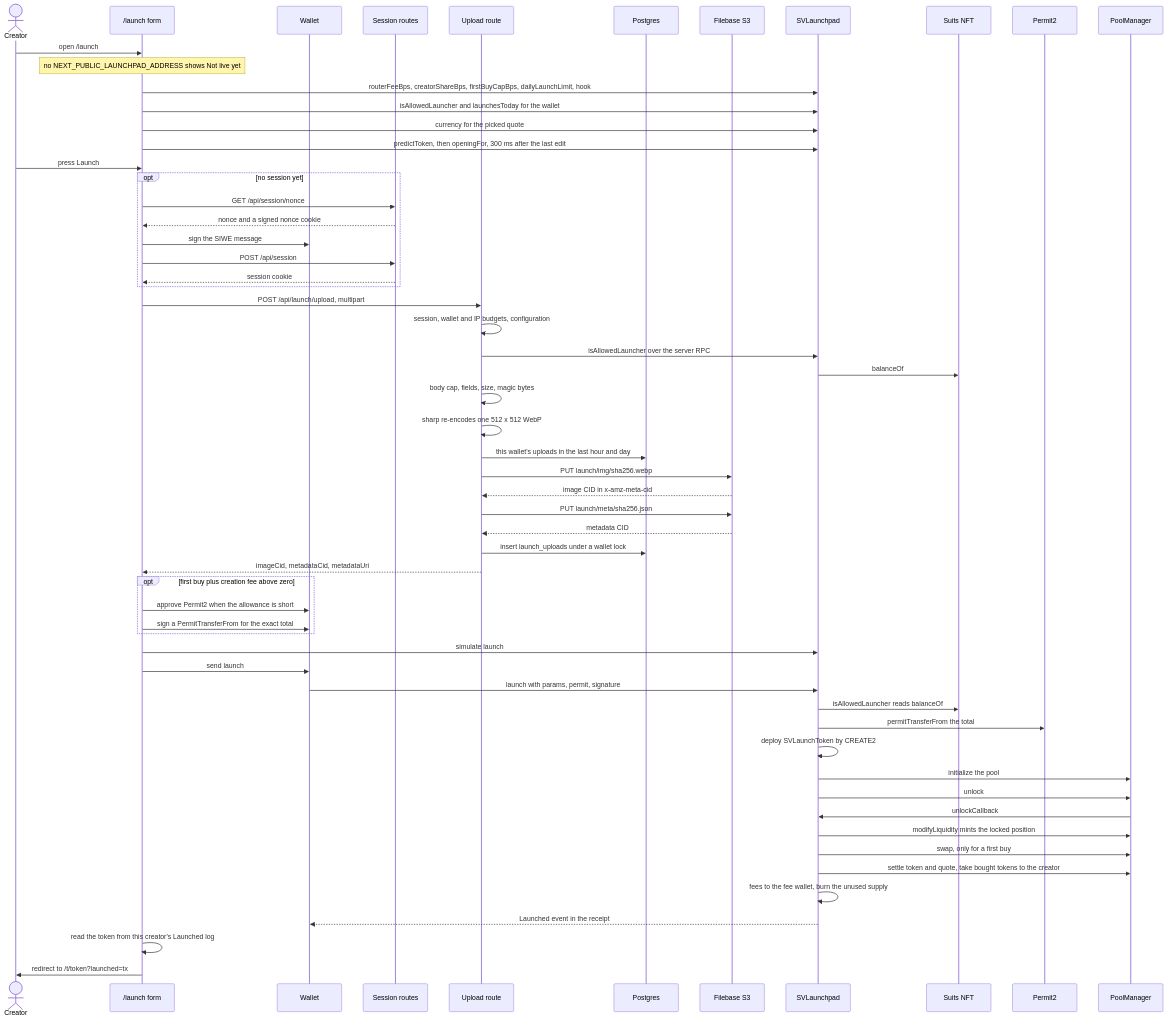
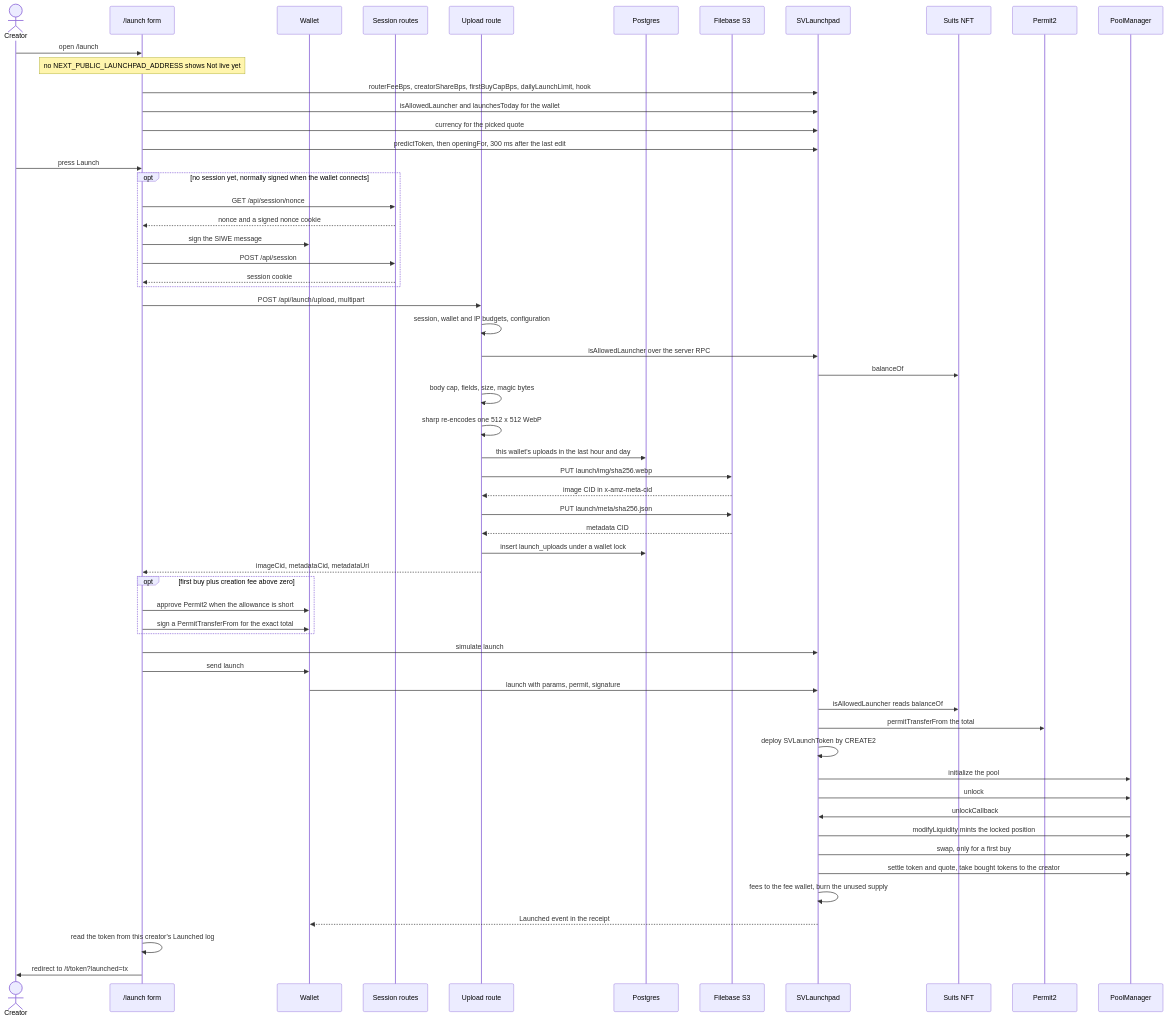
The second of 8 diagrams in README.md (maxlong-markets/suitventures-markets-frontend), drawn with Mermaid before and after one commit. The commit also changed other lines of this file and 10 other files, not shown here.

First line of the commit message:
Sign-in asked at wallet connect, not inside the launch flow

````diff
--- a/README.md
+++ b/README.md
@@ -240,62 +240,62 @@
 ```mermaid
 sequenceDiagram
   actor C as Creator
   participant F as /launch form
   participant W as Wallet
   participant S as Session routes
   participant U as Upload route
   participant DB as Postgres
   participant FB as Filebase S3
   participant L as SVLaunchpad
   participant N as Suits NFT
   participant P2 as Permit2
   participant PM as PoolManager
 
   C->>F: open /launch
   Note over F: no NEXT_PUBLIC_LAUNCHPAD_ADDRESS shows Not live yet
   F->>L: routerFeeBps, creatorShareBps, firstBuyCapBps, dailyLaunchLimit, hook
   F->>L: isAllowedLauncher and launchesToday for the wallet
   F->>L: currency for the picked quote
   F->>L: predictToken, then openingFor, 300 ms after the last edit
   C->>F: press Launch
-  opt no session yet
+  opt no session yet, normally signed when the wallet connects
     F->>S: GET /api/session/nonce
     S-->>F: nonce and a signed nonce cookie
     F->>W: sign the SIWE message
     F->>S: POST /api/session
     S-->>F: session cookie
   end
   F->>U: POST /api/launch/upload, multipart
   U->>U: session, wallet and IP budgets, configuration
   U->>L: isAllowedLauncher over the server RPC
   L->>N: balanceOf
   U->>U: body cap, fields, size, magic bytes
   U->>U: sharp re-encodes one 512 x 512 WebP
   U->>DB: this wallet's uploads in the last hour and day
   U->>FB: PUT launch/img/sha256.webp
   FB-->>U: image CID in x-amz-meta-cid
   U->>FB: PUT launch/meta/sha256.json
   FB-->>U: metadata CID
   U->>DB: insert launch_uploads under a wallet lock
   U-->>F: imageCid, metadataCid, metadataUri
   opt first buy plus creation fee above zero
     F->>W: approve Permit2 when the allowance is short
     F->>W: sign a PermitTransferFrom for the exact total
   end
   F->>L: simulate launch
   F->>W: send launch
   W->>L: launch with params, permit, signature
   L->>N: isAllowedLauncher reads balanceOf
   L->>P2: permitTransferFrom the total
   L->>L: deploy SVLaunchToken by CREATE2
   L->>PM: initialize the pool
   L->>PM: unlock
   PM->>L: unlockCallback
   L->>PM: modifyLiquidity mints the locked position
   L->>PM: swap, only for a first buy
   L->>PM: settle token and quote, take bought tokens to the creator
   L->>L: fees to the fee wallet, burn the unused supply
   L-->>W: Launched event in the receipt
   F->>F: read the token from this creator's Launched log
   F->>C: redirect to /t/token?launched=tx
 ```
````
